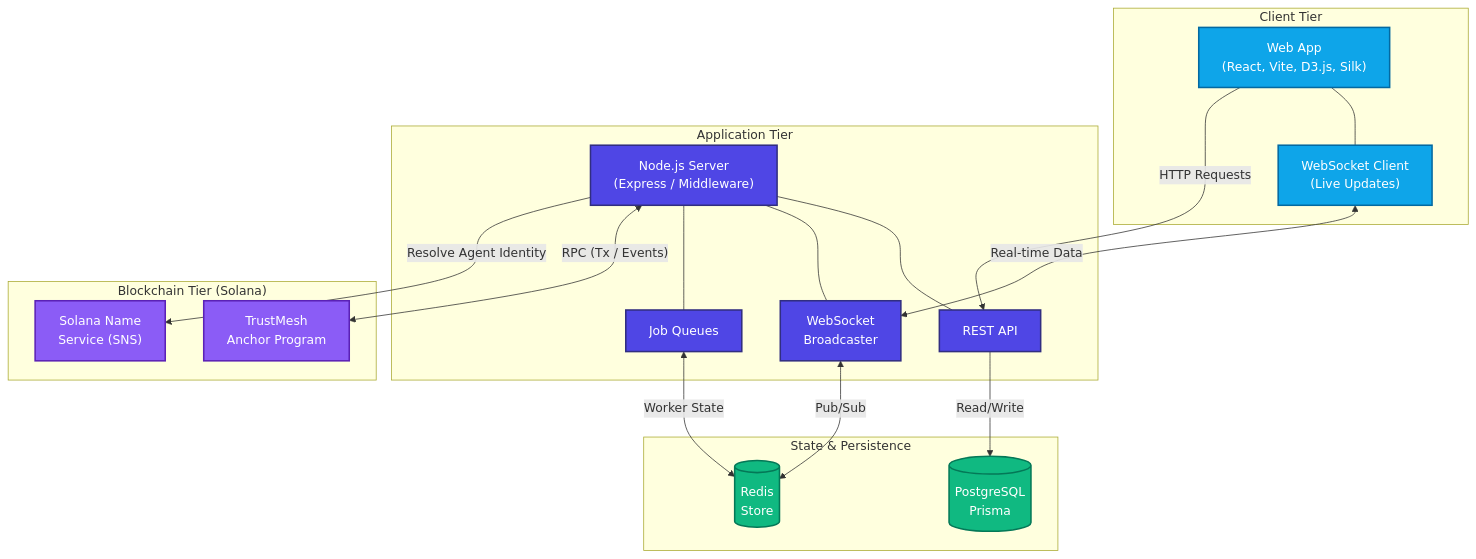
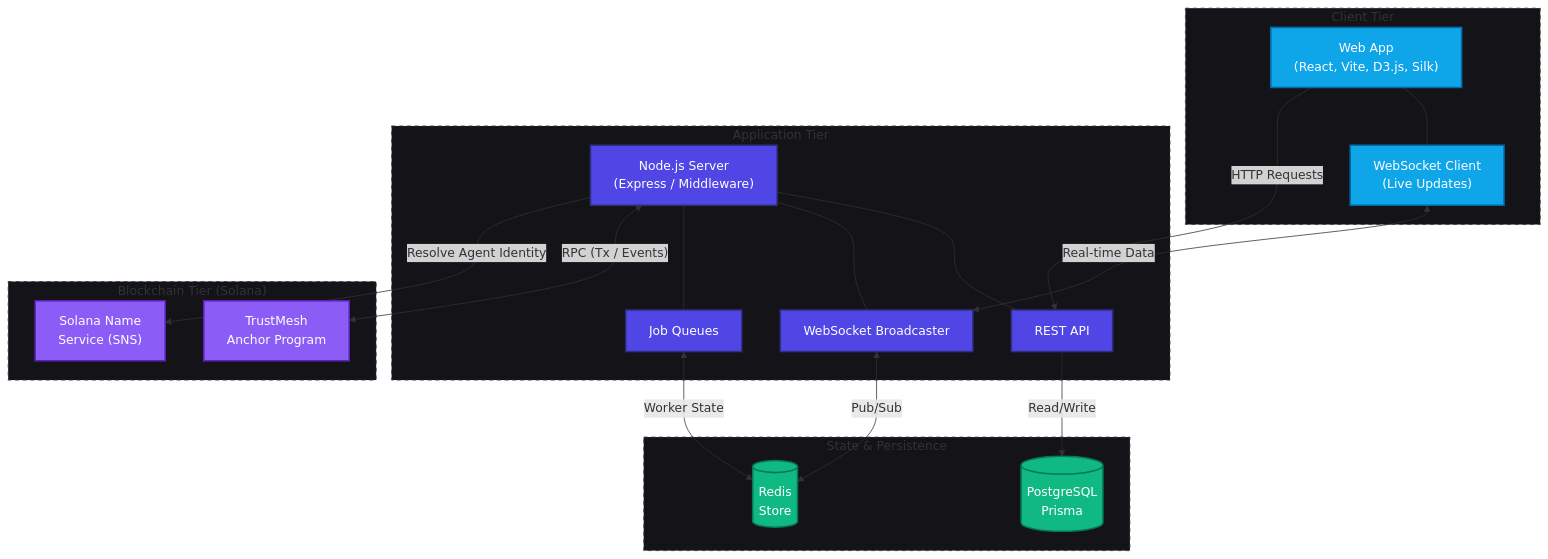
One commit to Gokul-social/TrushMesh changed the first of 2 diagrams in README.md. Above: the diagram before and after it, drawn with Mermaid. The commit also changed other lines of this file, not shown here.

Commit message:
docs: modernize and redesign README flows

````diff
--- a/README.md
+++ b/README.md
@@ -33,49 +96,49 @@
 ```mermaid
 graph TD
+    classDef primary fill:#4f46e5,stroke:#312e81,stroke-width:2px,color:#fff;
+    classDef secondary fill:#0ea5e9,stroke:#0369a1,stroke-width:2px,color:#fff;
+    classDef database fill:#10b981,stroke:#047857,stroke-width:2px,color:#fff;
+    classDef chain fill:#8b5cf6,stroke:#5b21b6,stroke-width:2px,color:#fff;
+
     subgraph Client ["Client Tier"]
-        UI["Web App<br/>(React, Vite, D3.js, Silk)"]
-        WS_Client["WebSocket Client<br/>(Live Updates)"]
+        UI["Web App<br/>(React, Vite, D3.js, Silk)"]:::secondary
+        WS_Client["WebSocket Client<br/>(Live Updates)"]:::secondary
         UI --- WS_Client
     end
 
     subgraph API ["Application Tier"]
-        Backend["Node.js Server<br/>(Express / Middleware)"]
-        API_REST["REST API"]
-        WS_Server["WebSocket<br/>Broadcaster"]
-        Queues["Job Queues"]
+        Backend["Node.js Server<br/>(Express / Middleware)"]:::primary
+        API_REST["REST API"]:::primary
+        WS_Server["WebSocket Broadcaster"]:::primary
+        Queues["Job Queues"]:::primary
         Backend --- API_REST
         Backend --- WS_Server
         Backend --- Queues
     end
 
     subgraph State ["State & Persistence"]
-        DB[(PostgreSQL<br/>Prisma)]
-        Cache[(Redis<br/>Store)]
+        DB[(PostgreSQL<br/>Prisma)]:::database
+        Cache[(Redis<br/>Store)]:::database
     end
 
     subgraph Chain ["Blockchain Tier (Solana)"]
-        Anchor["TrustMesh<br/>Anchor Program"]
-        SNS["Solana Name<br/>Service (SNS)"]
+        Anchor["TrustMesh<br/>Anchor Program"]:::chain
+        SNS["Solana Name<br/>Service (SNS)"]:::chain
     end
 
     %% Connections
     UI -- "HTTP Requests" --> API_REST
-    WS_Client <-->|Real-time Data| WS_Server
+    WS_Client <-->|"Real-time Data"| WS_Server
     
     API_REST -- "Read/Write" --> DB
     WS_Server <-->|"Pub/Sub"| Cache
     Queues <-->|"Worker State"| Cache
     
     Backend <-->|"RPC (Tx / Events)"| Anchor
     Backend -- "Resolve Agent Identity" --> SNS
-    
-    classDef primary fill:#4f46e5,stroke:#312e81,stroke-width:2px,color:#fff;
-    classDef secondary fill:#0ea5e9,stroke:#0369a1,stroke-width:2px,color:#fff;
-    classDef database fill:#10b981,stroke:#047857,stroke-width:2px,color:#fff;
-    classDef chain fill:#8b5cf6,stroke:#5b21b6,stroke-width:2px,color:#fff;
 
-    class UI,WS_Client secondary;
-    class Backend,API_REST,WS_Server,Queues primary;
-    class DB,Cache database;
-    class Anchor,SNS chain;
+    style Client fill:#131318,stroke:#35343a,stroke-width:1px,stroke-dasharray:5 5
+    style API fill:#131318,stroke:#35343a,stroke-width:1px,stroke-dasharray:5 5
+    style State fill:#131318,stroke:#35343a,stroke-width:1px,stroke-dasharray:5 5
+    style Chain fill:#131318,stroke:#35343a,stroke-width:1px,stroke-dasharray:5 5
 ```
````
